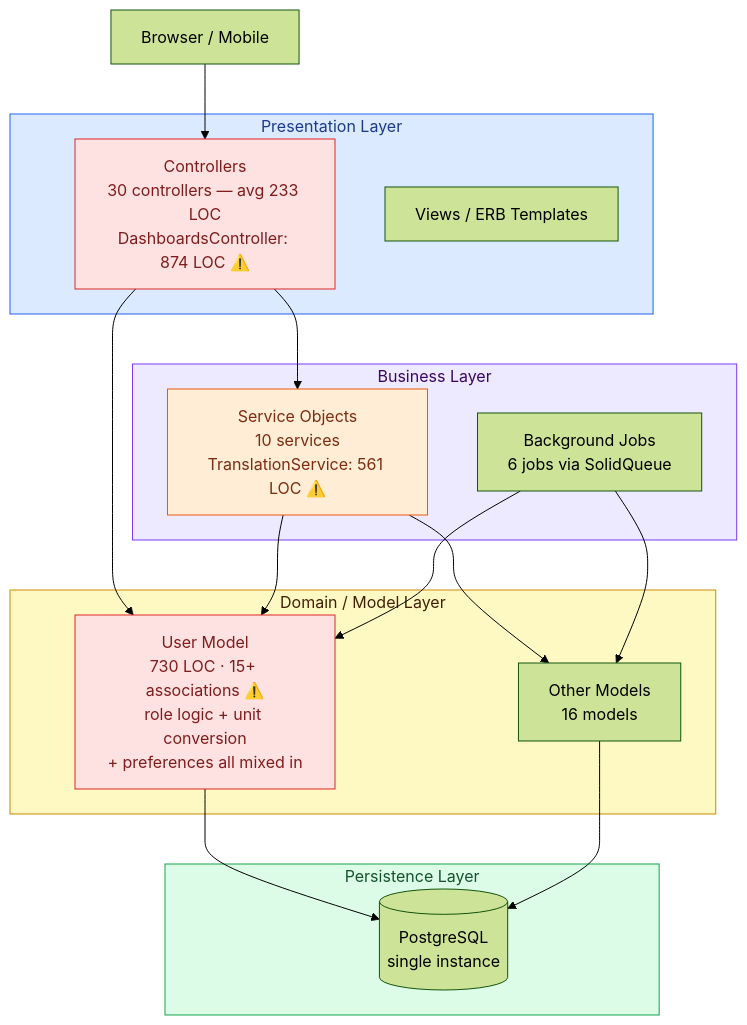
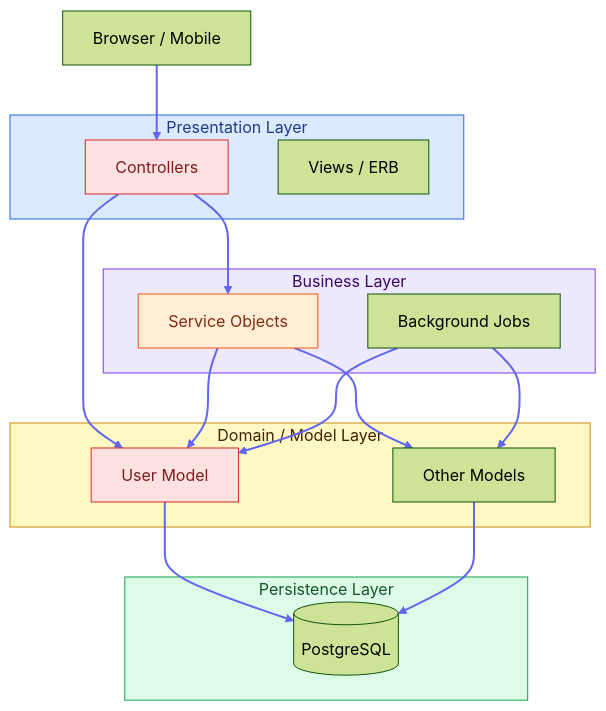
Before and after one commit to ozzgio/swbook-labs: the diagram in books/fundamentals-of-software-architecture/diagrams/03-synergym-layered-topology.md, drawn with Mermaid (forest theme). The commit also changed other lines of this file and 3 other files, not shown here.

First line of the commit message:
fix: visible arrows and clean node labels across all diagrams

````diff
--- a/books/fundamentals-of-software-architecture/diagrams/03-synergym-layered-topology.md
+++ b/books/fundamentals-of-software-architecture/diagrams/03-synergym-layered-topology.md
@@ -7,41 +7,43 @@
 ```mermaid
 flowchart TD
     Browser["Browser / Mobile"]
 
     subgraph PRESENTATION["Presentation Layer"]
-        CTRL["Controllers\n30 controllers — avg 233 LOC\nDashboardsController: 874 LOC ⚠️"]
-        VIEWS["Views / ERB Templates"]
+        CTRL["Controllers"]
+        VIEWS["Views / ERB"]
     end
 
     subgraph BUSINESS["Business Layer"]
-        SVC["Service Objects\n10 services\nTranslationService: 561 LOC ⚠️"]
-        JOBS["Background Jobs\n6 jobs via SolidQueue"]
+        SVC["Service Objects"]
+        JOBS["Background Jobs"]
     end
 
     subgraph DOMAIN["Domain / Model Layer"]
-        USER["User Model\n730 LOC · 15+ associations ⚠️\nrole logic + unit conversion\n+ preferences all mixed in"]
-        MODELS["Other Models\n16 models"]
+        USER["User Model"]
+        MODELS["Other Models"]
     end
 
     subgraph PERSISTENCE["Persistence Layer"]
-        DB[("PostgreSQL\nsingle instance")]
+        DB[("PostgreSQL")]
     end
 
     Browser --> CTRL
     CTRL --> SVC
     CTRL --> USER
     SVC --> USER
     SVC --> MODELS
     JOBS --> USER
     JOBS --> MODELS
     USER --> DB
     MODELS --> DB
 
+    linkStyle 0,1,2,3,4,5,6,7,8 stroke:#6366f1,stroke-width:2px
+
     style PRESENTATION fill:#dbeafe,stroke:#2563eb,color:#1e3a8a
     style BUSINESS fill:#ede9fe,stroke:#7c3aed,color:#3b0764
     style DOMAIN fill:#fef9c3,stroke:#ca8a04,color:#422006
     style PERSISTENCE fill:#dcfce7,stroke:#16a34a,color:#14532d
     style USER fill:#fee2e2,stroke:#dc2626,color:#7f1d1d
     style CTRL fill:#fee2e2,stroke:#dc2626,color:#7f1d1d
     style SVC fill:#ffedd5,stroke:#ea580c,color:#7c2d12
 ```
````
